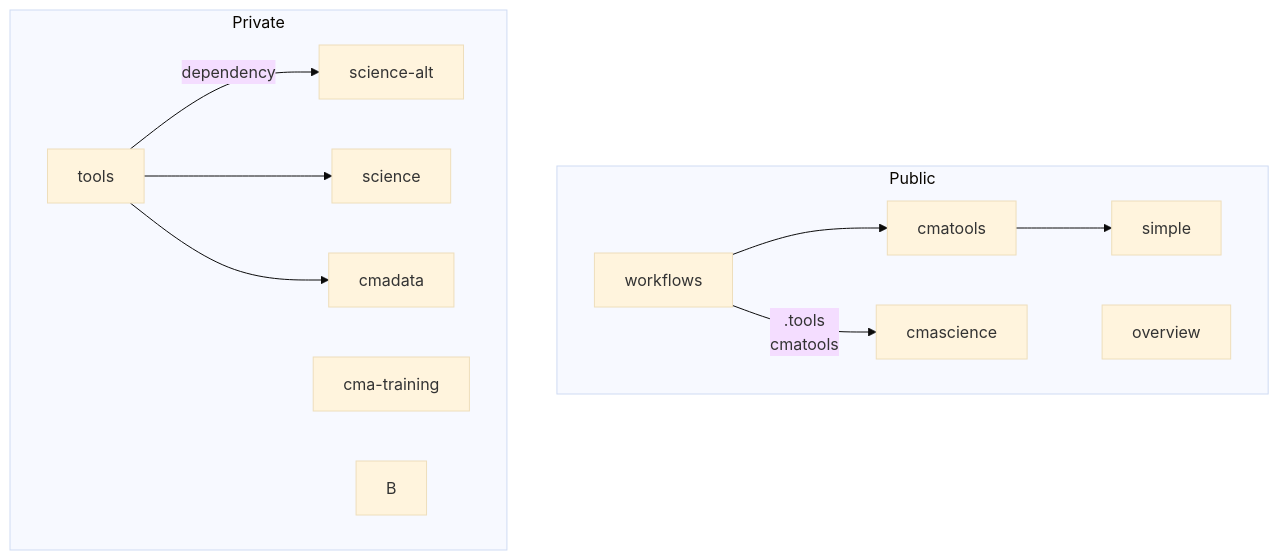
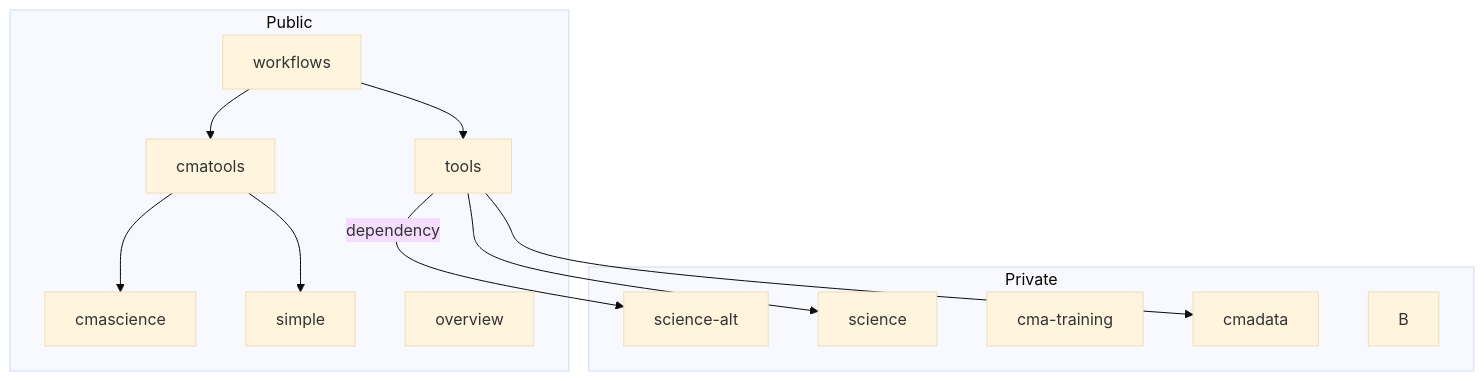
The diagram in README.md (cma-open/overview), drawn with Mermaid (base theme) before and after one commit.

````diff
--- a/README.md
+++ b/README.md
@@ -11,18 +11,18 @@
 ```mermaid
 flowchart TB
  subgraph Public
     workflows-->cmatools
-    workflows--.tools
+    workflows-->tools
     cmatools-->cmascience
     cmatools-->simple
     overview
     end
     subgraph Private
     tools-->|dependency|science-alt
     tools-->science
     cma-training
     tools-->cmadata
     B
      click B "https://www.github.com" "This is a tooltip for a link"
     end
 ```
````
